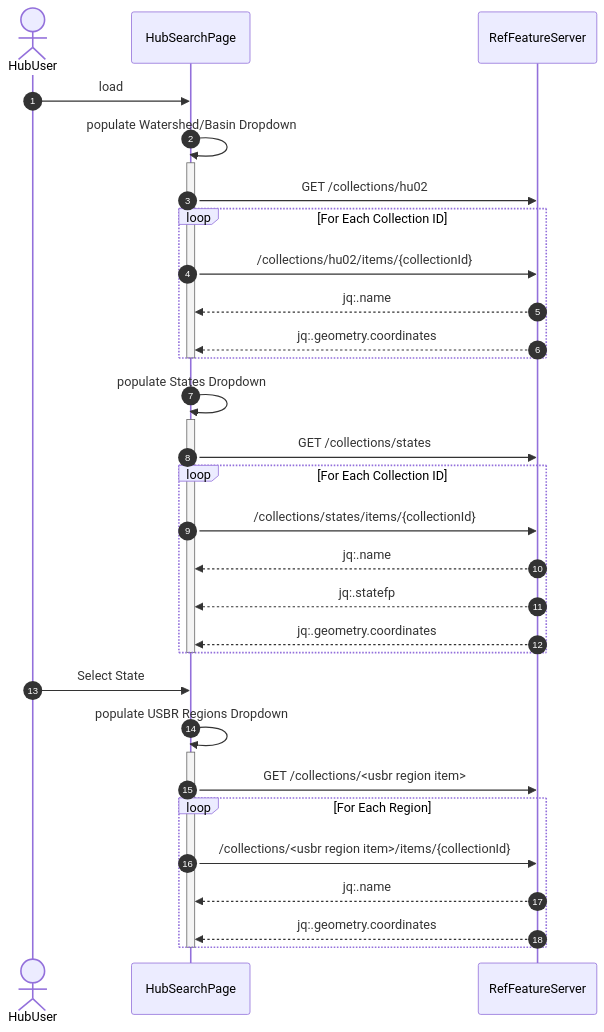
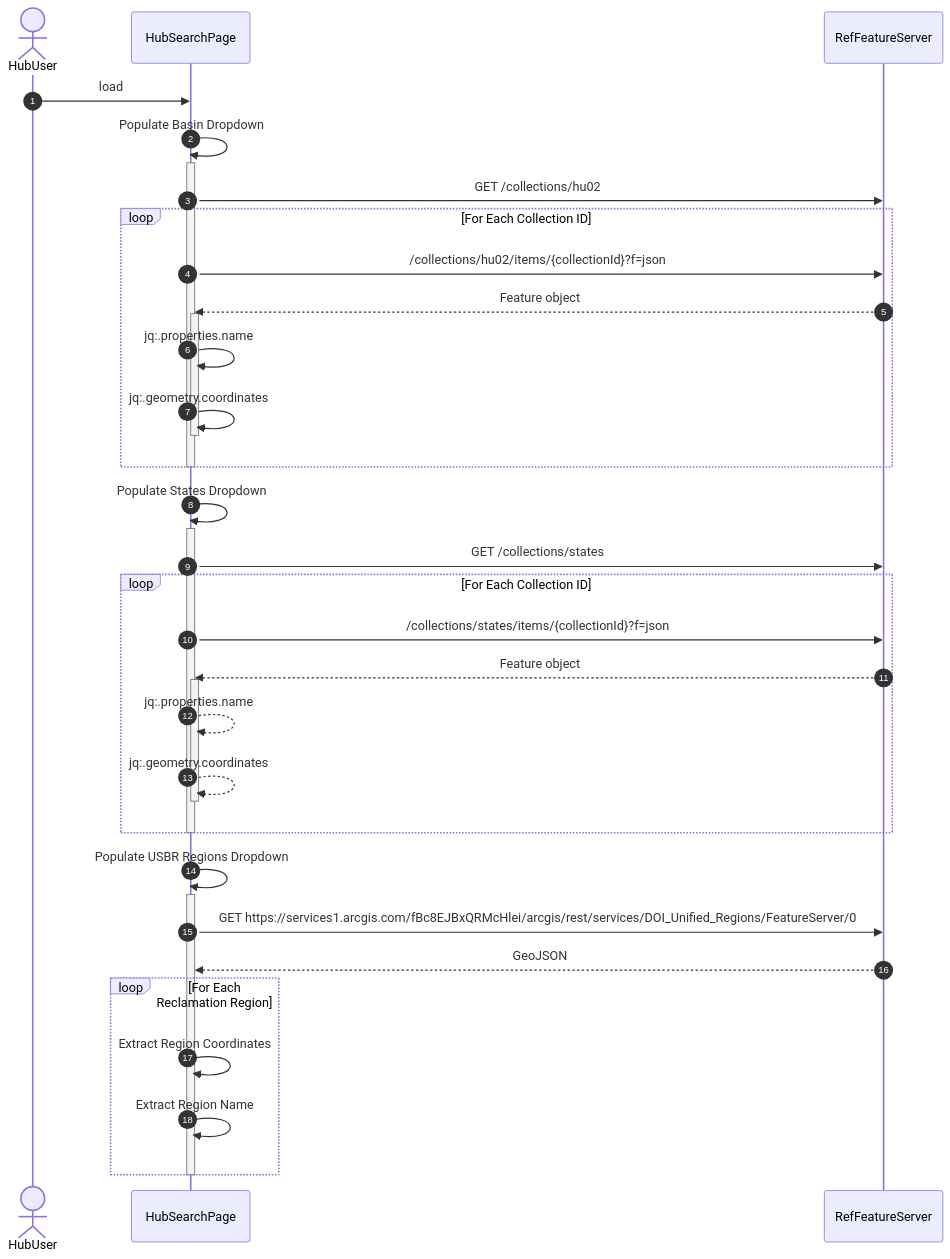
One commit to adplincinst/usbr changed the first of 3 diagrams in monday.com/USBR-272/README.md. Above: the diagram before and after it, drawn with Mermaid. The commit also changed other lines of this file, not shown here.

````diff
--- a/monday.com/USBR-272/README.md
+++ b/monday.com/USBR-272/README.md
@@ -67,44 +70,51 @@
 ```mermaid
 sequenceDiagram
 autonumber
 actor HubUser
 participant HubSearchPage
 #participant EDRAPI
 participant RefFeatureServer
 
 HubUser ->> HubSearchPage: load
-HubSearchPage ->> HubSearchPage: populate Watershed/Basin Dropdown
+HubSearchPage ->> HubSearchPage: Populate Basin Dropdown
 activate HubSearchPage
 HubSearchPage ->> RefFeatureServer: GET /collections/hu02
 loop For Each Collection ID
-HubSearchPage ->> RefFeatureServer: /collections/hu02/items/{collectionId}
-RefFeatureServer -->> HubSearchPage: jq:.name
-RefFeatureServer -->> HubSearchPage: jq:.geometry.coordinates
+HubSearchPage ->> RefFeatureServer: /collections/hu02/items/{collectionId}?f=json
+RefFeatureServer -->> HubSearchPage: Feature object
+activate HubSearchPage
+HubSearchPage ->> HubSearchPage: jq:.properties.name
+HubSearchPage ->> HubSearchPage: jq:.geometry.coordinates
+deactivate HubSearchPage
+
 end
 deactivate HubSearchPage
 
 
-HubSearchPage ->> HubSearchPage: populate States Dropdown
+HubSearchPage ->> HubSearchPage: Populate States Dropdown
 activate HubSearchPage
 HubSearchPage ->> RefFeatureServer: GET /collections/states
 loop For Each Collection ID
-  HubSearchPage ->> RefFeatureServer: /collections/states/items/{collectionId}
-  RefFeatureServer -->> HubSearchPage: jq:.name
-  RefFeatureServer -->> HubSearchPage: jq:.statefp
-  RefFeatureServer -->> HubSearchPage: jq:.geometry.coordinates
+  HubSearchPage ->> RefFeatureServer: /collections/states/items/{collectionId}?f=json
+  RefFeatureServer-->> HubSearchPage: Feature object
+  activate HubSearchPage
+  HubSearchPage -->> HubSearchPage: jq:.properties.name
+  HubSearchPage -->> HubSearchPage: jq:.geometry.coordinates
+  deactivate HubSearchPage
 end
 deactivate HubSearchPage
-HubUser ->> HubSearchPage: Select State
 
 
-HubSearchPage ->> HubSearchPage: populate USBR Regions Dropdown
+HubSearchPage ->> HubSearchPage: Populate USBR Regions Dropdown
 activate HubSearchPage
-HubSearchPage ->> RefFeatureServer: GET /collections/<usbr region item>
-loop For Each Region  
-  HubSearchPage ->> RefFeatureServer: /collections/<usbr region item>/items/{collectionId}
-  RefFeatureServer -->> HubSearchPage: jq:.name
-  RefFeatureServer -->> HubSearchPage: jq:.geometry.coordinates
+HubSearchPage ->> RefFeatureServer: GET https://services1.arcgis.com/fBc8EJBxQRMcHlei/arcgis/rest/services/DOI_Unified_Regions/FeatureServer/0
+RefFeatureServer -->> HubSearchPage: GeoJSON
+
+loop For Each Reclamation Region
+  HubSearchPage ->> HubSearchPage: Extract Region Coordinates
+  HubSearchPage ->> HubSearchPage: Extract Region Name
+
 end
 deactivate HubSearchPage
 
 ```
````
